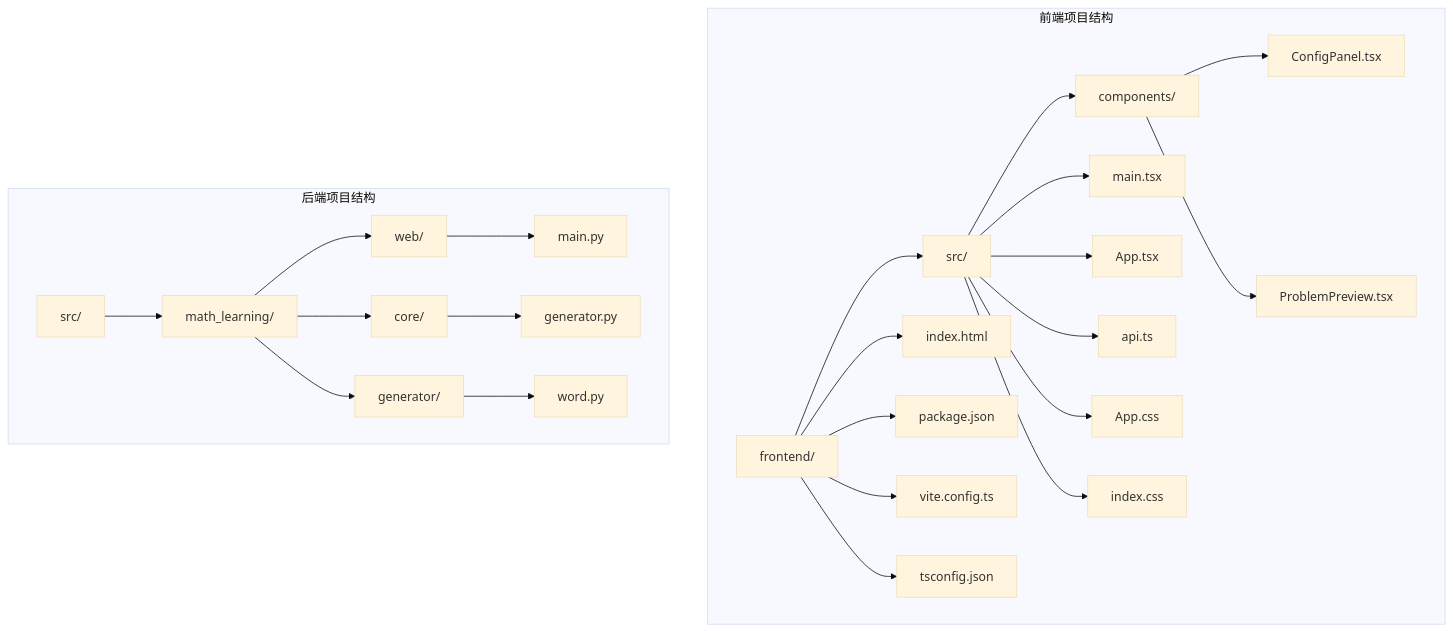
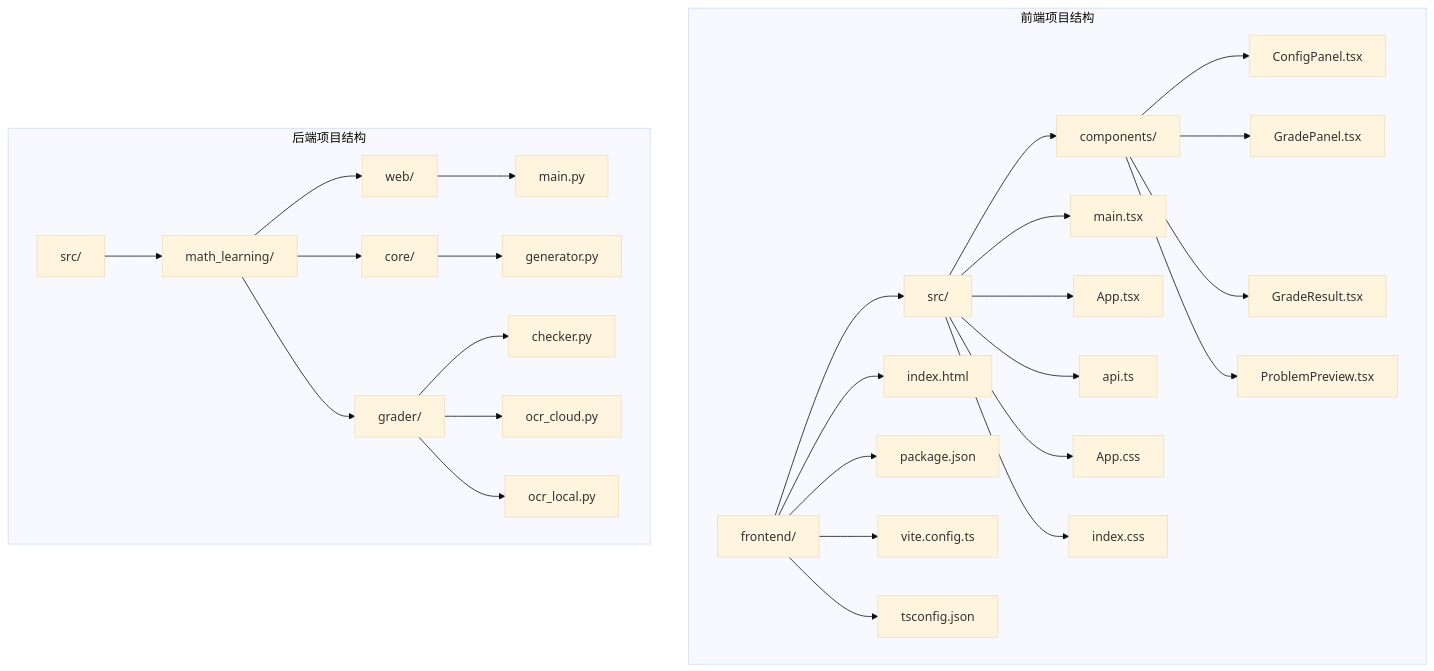
Before and after one commit to SimonWHL/math-learning: the first of 11 diagrams in .qoder/repowiki/zh/content/项目结构/前端用户界面.md, drawn with Mermaid (base theme). The commit also changed other lines of this file and 17 other files, not shown here.

````diff
--- a/.qoder/repowiki/zh/content/项目结构/前端用户界面.md
+++ b/.qoder/repowiki/zh/content/项目结构/前端用户界面.md
@@ -42,27 +47,31 @@
 ```mermaid
 graph TB
 subgraph "前端项目结构"
 A[frontend/] --> B[src/]
 A --> C[index.html]
 A --> D[package.json]
 A --> E[vite.config.ts]
 A --> F[tsconfig.json]
 B --> G[components/]
 B --> H[main.tsx]
 B --> I[App.tsx]
 B --> J[api.ts]
 B --> K[App.css]
 B --> L[index.css]
 G --> M[ConfigPanel.tsx]
-G --> N[ProblemPreview.tsx]
+G --> N[GradePanel.tsx]
+G --> O[GradeResult.tsx]
+G --> P[ProblemPreview.tsx]
 end
 subgraph "后端项目结构"
-O[src/] --> P[math_learning/]
-P --> Q[web/]
-P --> R[core/]
-P --> S[generator/]
-Q --> T[main.py]
-R --> U[generator.py]
-S --> V[word.py]
+Q[src/] --> R[math_learning/]
+R --> S[web/]
+R --> T[core/]
+R --> U[grader/]
+S --> V[main.py]
+T --> W[generator.py]
+U --> X[checker.py]
+U --> Y[ocr_cloud.py]
+U --> Z[ocr_local.py]
 end
 ```
````
